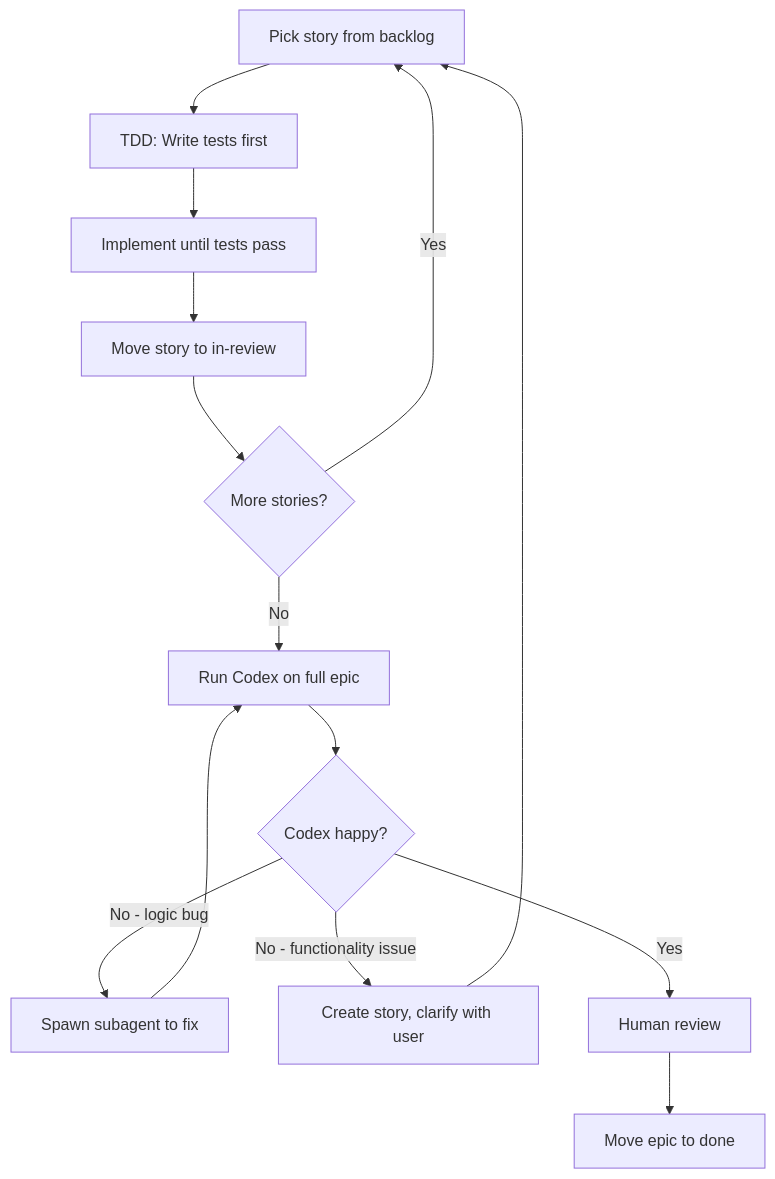
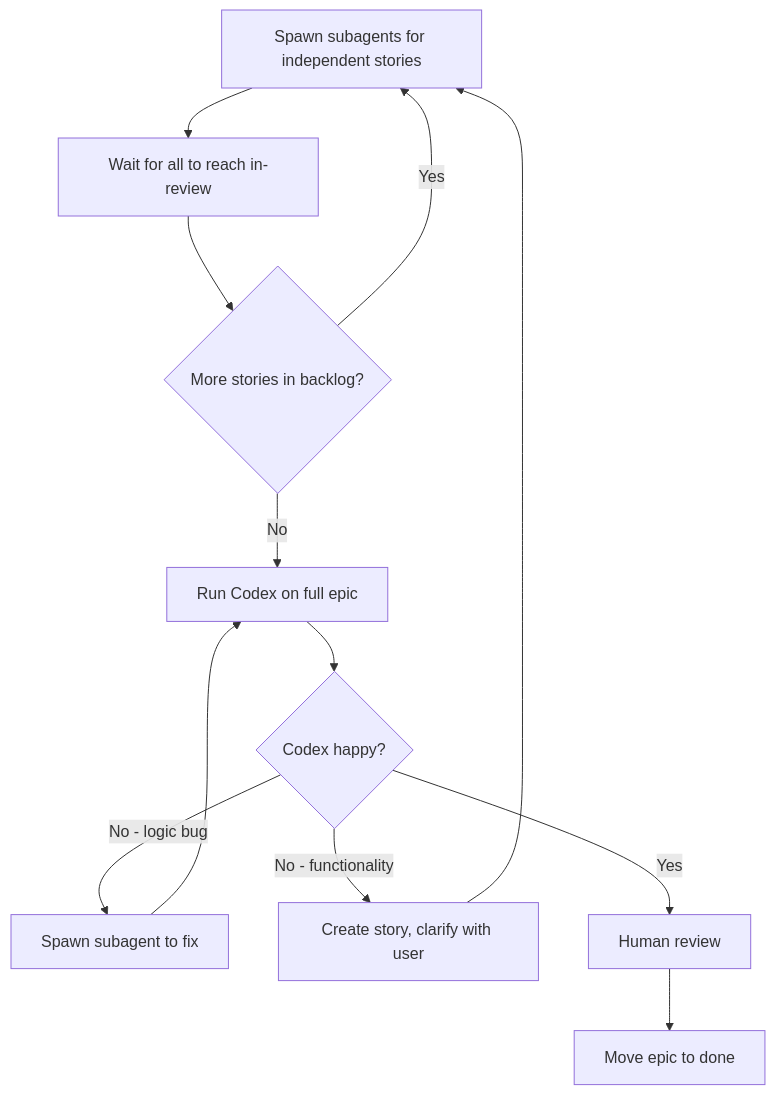
One commit to brysontang/domino changed the diagram in templates/epic/CLAUDE.md. Above: the diagram before and after it, drawn with Mermaid. The commit also changed other lines of this file and 3 other files, not shown here.

````diff
--- a/templates/epic/CLAUDE.md
+++ b/templates/epic/CLAUDE.md
@@ -22,16 +20,14 @@
 ```mermaid
 flowchart TD
-    A[Pick story from backlog] --> B[TDD: Write tests first]
-    B --> C[Implement until tests pass]
-    C --> D[Move story to in-review]
-    D --> E{More stories?}
-    E -->|Yes| A
-    E -->|No| F[Run Codex on full epic]
-    F --> G{Codex happy?}
-    G -->|No - logic bug| H[Spawn subagent to fix]
-    G -->|No - functionality issue| I[Create story, clarify with user]
-    H --> F
-    I --> A
-    G -->|Yes| J[Human review]
-    J --> K[Move epic to done]
+    A[Spawn subagents for independent stories] --> B[Wait for all to reach in-review]
+    B --> C{More stories in backlog?}
+    C -->|Yes| A
+    C -->|No| D[Run Codex on full epic]
+    D --> E{Codex happy?}
+    E -->|No - logic bug| F[Spawn subagent to fix]
+    E -->|No - functionality| G[Create story, clarify with user]
+    F --> D
+    G --> A
+    E -->|Yes| H[Human review]
+    H --> I[Move epic to done]
 ```
````
